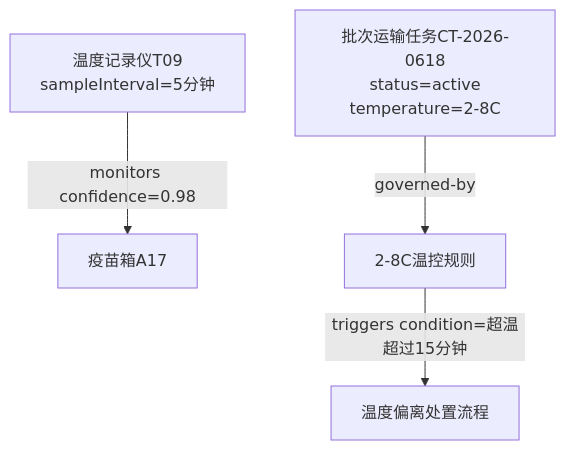
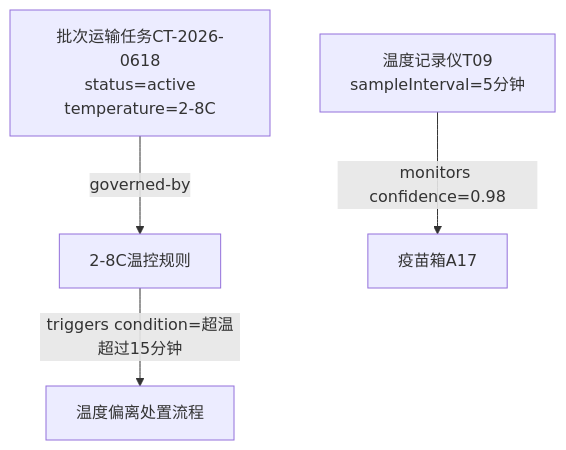
The diagram in samples/business-kg-js-demo/generated/mermaid/cold-chain-operations-attrlist-rules.mmd (MichengLiang/asciidoc-abundant-tree), drawn with Mermaid before and after one commit. The commit also changed other lines of this file and 87 other files, not shown here.

```diff
--- a/samples/business-kg-js-demo/generated/mermaid/cold-chain-operations-attrlist-rules.mmd
+++ b/samples/business-kg-js-demo/generated/mermaid/cold-chain-operations-attrlist-rules.mmd
@@ -1,10 +1,10 @@
 graph TD
   %% 冷链药品运输知识库：规则约束层级 + attrlist 字段：rules
+  N1["2-8C温控规则"]
   N2["批次运输任务CT-2026-0618\nstatus=active\ntemperature=2-8C"]
+  N4["温度偏离处置流程"]
+  N3["温度记录仪T09\nsampleInterval=5分钟"]
   N5["疫苗箱A17"]
-  N3["温度记录仪T09\nsampleInterval=5分钟"]
-  N4["温度偏离处置流程"]
-  N1["2-8C温控规则"]
   N1 -->|triggers condition=超温超过15分钟| N4
   N2 -->|governed-by| N1
   N3 -->|monitors confidence=0.98| N5
```
